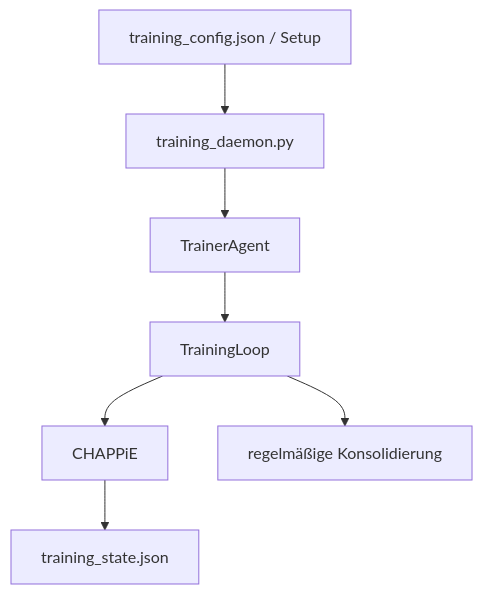
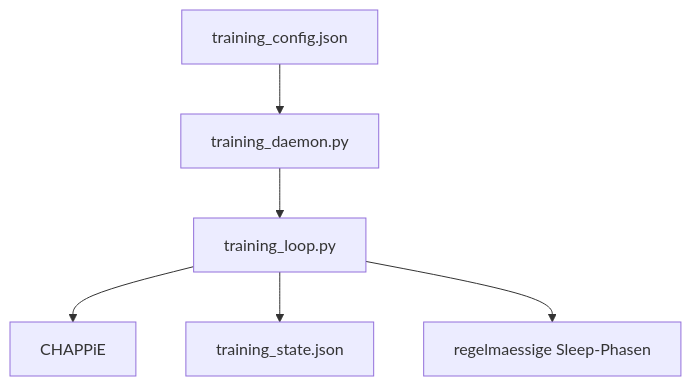
The third of 3 diagrams in docs/workflows.md (017pixel/CHAPPiE), drawn with Mermaid before and after one commit. The commit also changed other lines of this file and 98 other files, not shown here.

````diff
--- a/docs/workflows.md
+++ b/docs/workflows.md
@@ -72,9 +63,8 @@
 ```mermaid
 flowchart TD
-    CFG[training_config.json / Setup] --> TD[training_daemon.py]
-    TD --> TA[TrainerAgent]
-    TA --> LOOP[TrainingLoop]
-    LOOP --> CH[CHAPPiE]
-    CH --> STATE[training_state.json]
-    LOOP --> SLP[regelmäßige Konsolidierung]
+    CFG["training_config.json"] --> TD["training_daemon.py"]
+    TD --> LOOP["training_loop.py"]
+    LOOP --> CH["CHAPPiE"]
+    LOOP --> STATE["training_state.json"]
+    LOOP --> SLP["regelmaessige Sleep-Phasen"]
 ```
````
